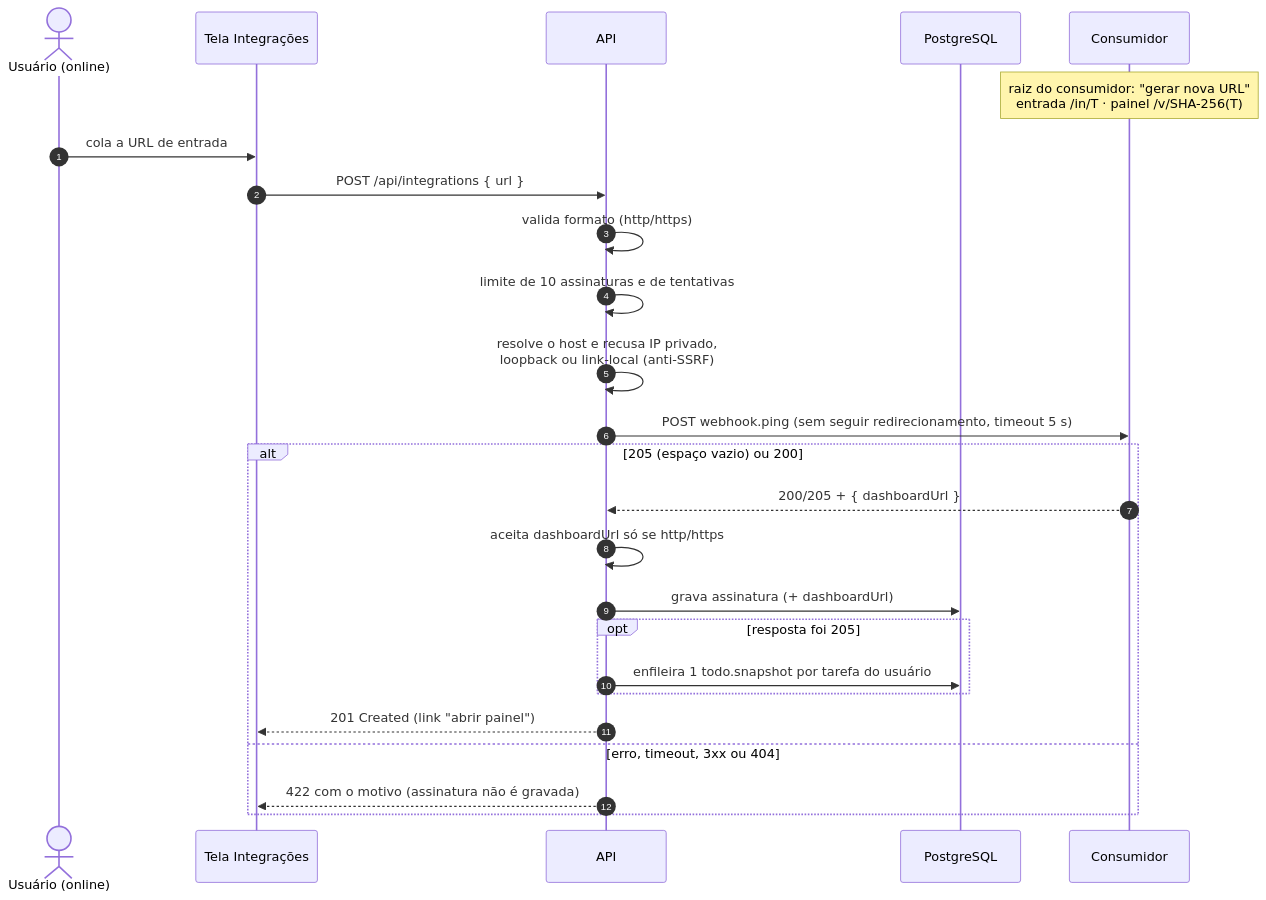
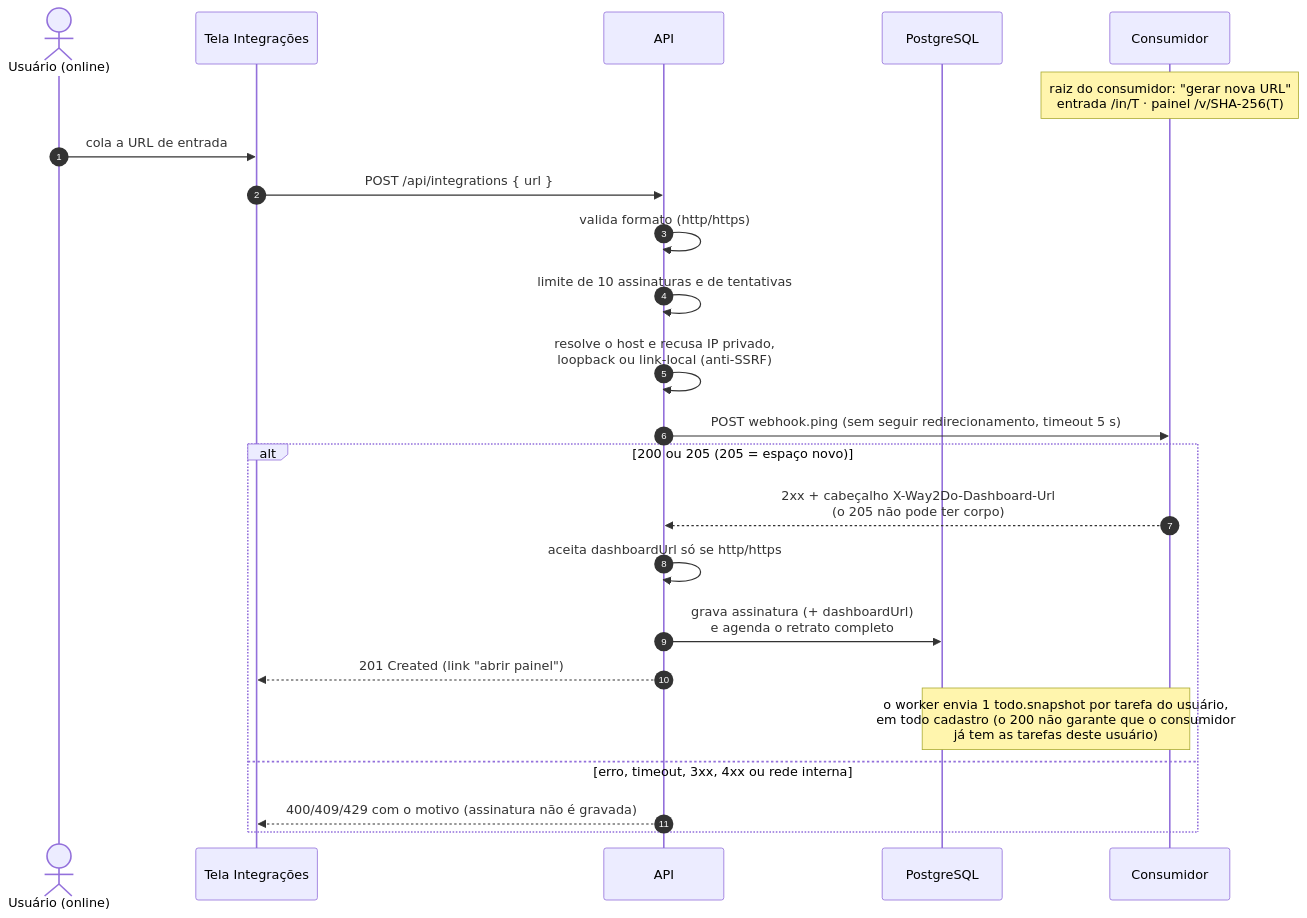
The fourth of 5 diagrams in docs/arquitetura.md (dn32/way2do), drawn with Mermaid before and after one commit. The commit also changed other lines of this file and 3 other files, not shown here.

````diff
--- a/docs/arquitetura.md
+++ b/docs/arquitetura.md
@@ -151,28 +152,26 @@
 ```mermaid
 sequenceDiagram
     autonumber
     actor U as Usuário (online)
     participant UI as Tela Integrações
     participant API as API
     participant PG as PostgreSQL
     participant C as Consumidor
 
     Note over C: raiz do consumidor: "gerar nova URL"<br/>entrada /in/T · painel /v/SHA-256(T)
     U->>UI: cola a URL de entrada
     UI->>API: POST /api/integrations { url }
     API->>API: valida formato (http/https)
     API->>API: limite de 10 assinaturas e de tentativas
     API->>API: resolve o host e recusa IP privado,<br/>loopback ou link-local (anti-SSRF)
     API->>C: POST webhook.ping (sem seguir redirecionamento, timeout 5 s)
-    alt 205 (espaço vazio) ou 200
-        C-->>API: 200/205 + { dashboardUrl }
+    alt 200 ou 205 (205 = espaço novo)
+        C-->>API: 2xx + cabeçalho X-Way2Do-Dashboard-Url<br/>(o 205 não pode ter corpo)
         API->>API: aceita dashboardUrl só se http/https
-        API->>PG: grava assinatura (+ dashboardUrl)
-        opt resposta foi 205
-            API->>PG: enfileira 1 todo.snapshot por tarefa do usuário
-        end
+        API->>PG: grava assinatura (+ dashboardUrl)<br/>e agenda o retrato completo
         API-->>UI: 201 Created (link "abrir painel")
-    else erro, timeout, 3xx ou 404
-        API-->>UI: 422 com o motivo (assinatura não é gravada)
+        Note over PG,C: o worker envia 1 todo.snapshot por tarefa do usuário,<br/>em todo cadastro (o 200 não garante que o consumidor<br/>já tem as tarefas deste usuário)
+    else erro, timeout, 3xx, 4xx ou rede interna
+        API-->>UI: 400/409/429 com o motivo (assinatura não é gravada)
     end
 ```
````
